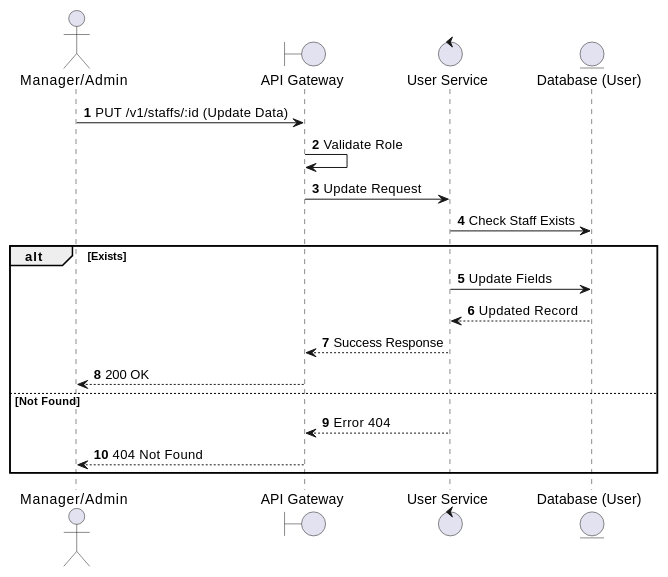
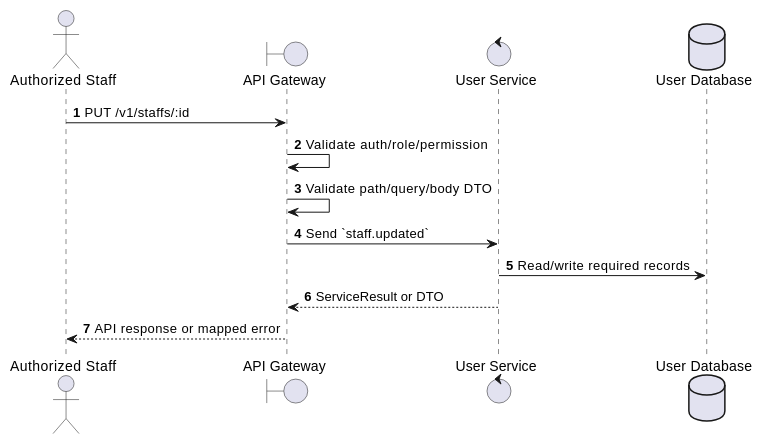
The first of 2 diagrams in docs/functional_specs/3.1_User_Management/UM-07_Update_Staff.md (Tanh1603/movie-hub-architecture), drawn with PlantUML before and after one commit. The commit also changed other lines of this file and 126 other files, not shown here.

````diff
--- a/docs/functional_specs/3.1_User_Management/UM-07_Update_Staff.md
+++ b/docs/functional_specs/3.1_User_Management/UM-07_Update_Staff.md
@@ -17,23 +17,17 @@
 ```plantuml
 @startuml
 autonumber
-actor "Manager/Admin" as Admin
+actor "Authorized Staff" as Actor
 boundary "API Gateway" as GW
-control "User Service" as US
-entity "Database (User)" as DB
+control "User Service" as SVC
+database "User Database" as DB
 
-Admin -> GW: PUT /v1/staffs/:id (Update Data)
-GW -> GW: Validate Role
-GW -> US: Update Request
-US -> DB: Check Staff Exists
-alt Exists
-    US -> DB: Update Fields
-    DB --> US: Updated Record
-    US --> GW: Success Response
-    GW --> Admin: 200 OK
-else Not Found
-    US --> GW: Error 404
-    GW --> Admin: 404 Not Found
-end
+Actor -> GW: PUT /v1/staffs/:id
+GW -> GW: Validate auth/role/permission
+GW -> GW: Validate path/query/body DTO
+GW -> SVC: Send `staff.updated`
+SVC -> DB: Read/write required records
+SVC --> GW: ServiceResult or DTO
+GW --> Actor: API response or mapped error
 @enduml
 ```
````
